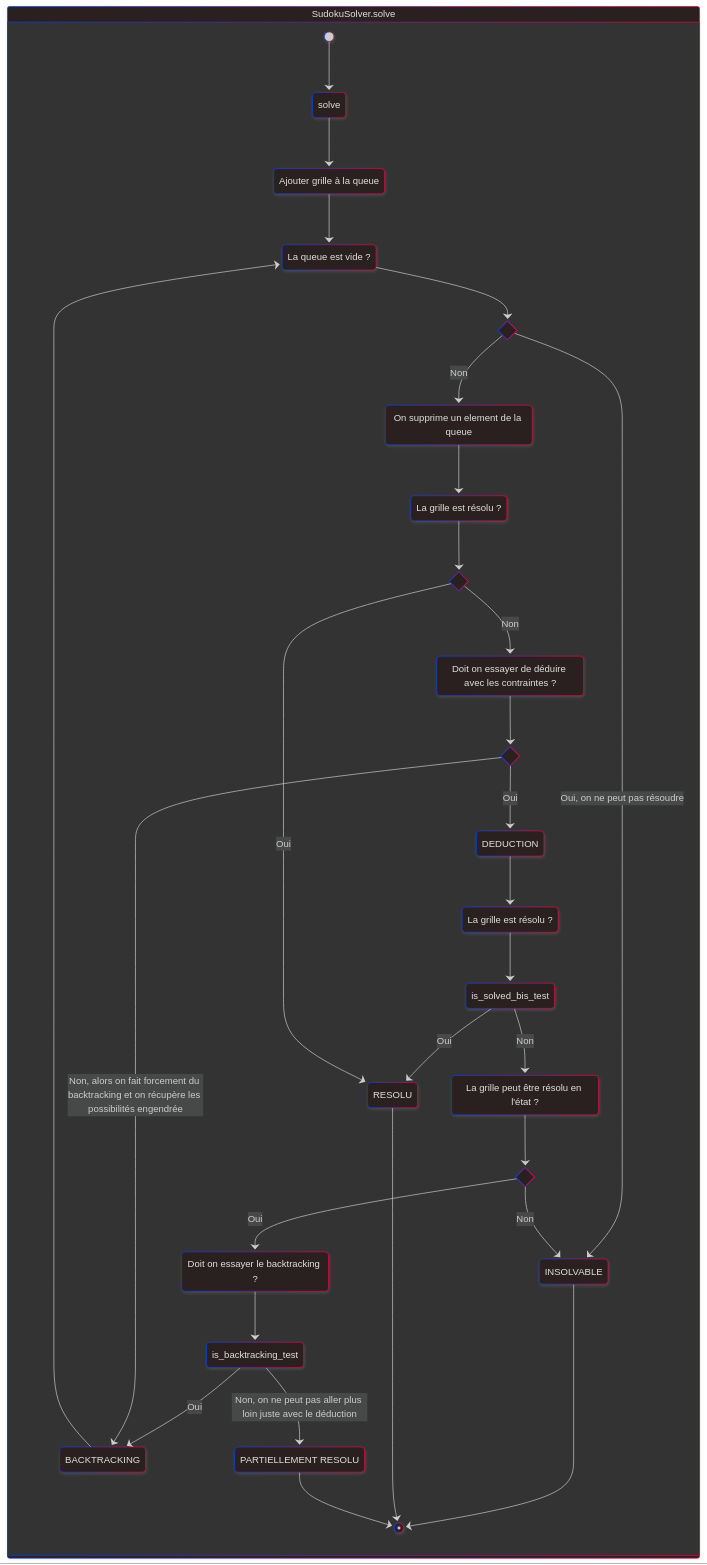
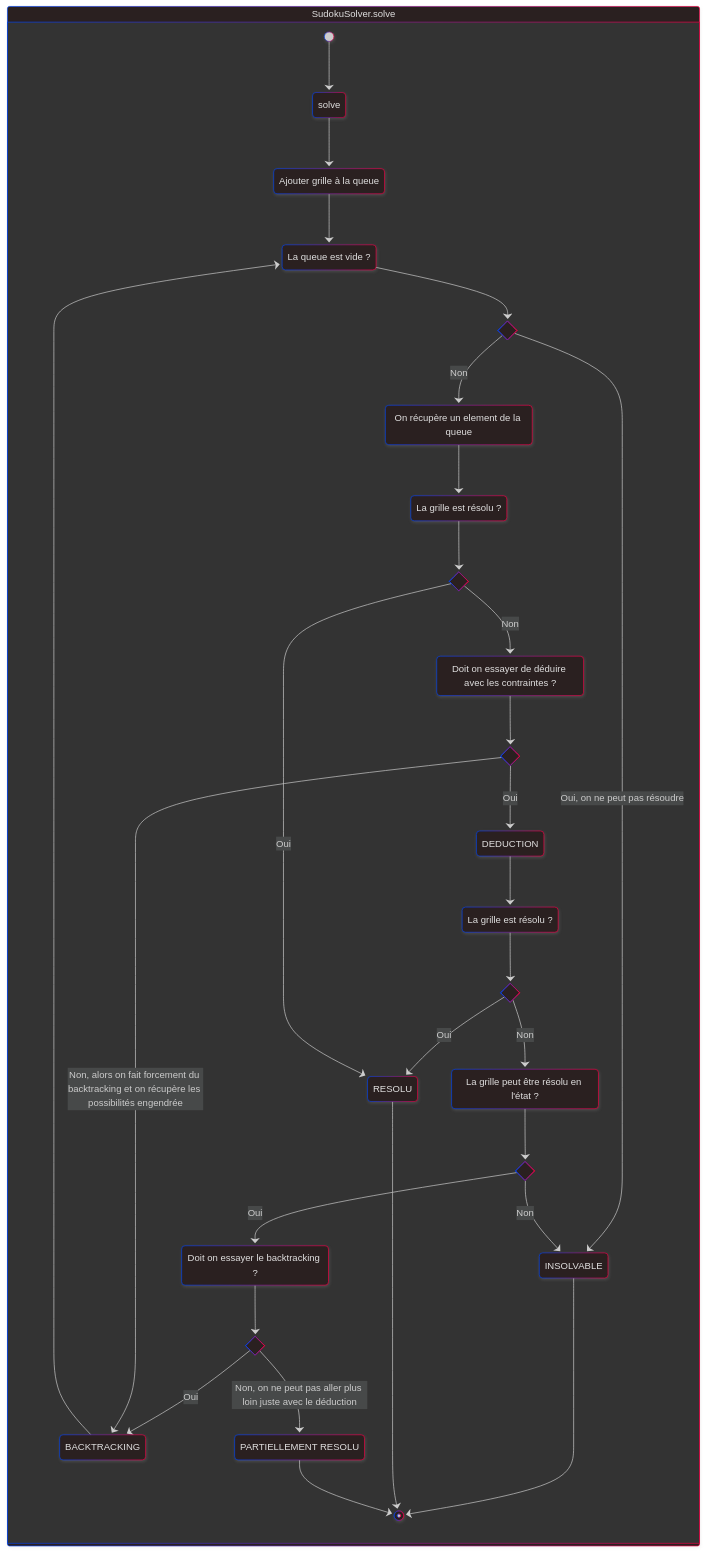
Before and after one commit to FlashOnFire/SUUUUUUUUUUUudoku: the third of 8 diagrams in rex.md, drawn with Mermaid. The commit also changed other lines of this file and 1 other file, not shown here.

````diff
--- a/rex.md
+++ b/rex.md
@@ -200,54 +209,54 @@
 ```mermaid
 ---
 config:
   theme: neo-dark
   look: neo
 ---
 stateDiagram
     queue_init: Ajouter grille à la queue
     boucle: La queue est vide ?
     if_solved: La grille est résolu ?
     partial: PARTIELLEMENT RESOLU
-    suppress: On supprime un element de la queue
+    suppress: On récupère un element de la queue
     SudokuSolver.doBacktracking: BACKTRACKING
 SudokuSolver.solveDeduction: DEDUCTION
 state SudokuSolver.solve {
 SudokuSolver.doBacktracking --> boucle
 [*] --> solve
 solve --> queue_init
 queue_init --> boucle
 state boucle_test <<choice>>
 boucle --> boucle_test
 boucle_test --> suppress: Non
 suppress --> if_solved
 boucle_test --> INSOLVABLE: Oui, on ne peut pas résoudre
 INSOLVABLE --> [*]
 state is_solved_test <<choice>>
 if_solved --> is_solved_test
 is_solved_test --> if_deduced: Non
+state is_solved_bis_test <<choice>>
 is_solved_bis_test --> RESOLU: Oui
 is_solved_test --> RESOLU: Oui
 RESOLU --> [*]
 if_deduced: Doit on essayer de déduire avec les contraintes ?
 state is_deduced_test <<choice>>
+state is_backtracking_test <<choice>>
 if_deduced --> is_deduced_test
 is_backtracking_test --> SudokuSolver.doBacktracking: Oui
 is_deduced_test --> SudokuSolver.doBacktracking: Non, alors on fait forcement du backtracking et on récupère les possibilités engendrée
 is_deduced_test --> SudokuSolver.solveDeduction: Oui
 if_solved_bis: La grille est résolu ?
 SudokuSolver.solveDeduction --> if_solved_bis
-state is_solved_bis_test <<choice>>
 if_solved_bis --> is_solved_bis_test
 is_solved_bis_test --> if_unsolvable: Non
 if_unsolvable: La grille peut être résolu en l'état ?
 state is_unsolvable_test <<choice>>
 if_unsolvable --> is_unsolvable_test
 is_unsolvable_test --> INSOLVABLE: Non
 is_unsolvable_test --> if_backtracking: Oui
 if_backtracking: Doit on essayer le backtracking ?
-state is_backtracking_test <<choice>>
 if_backtracking --> is_backtracking_test
 is_backtracking_test --> partial: Non, on ne peut pas aller plus loin juste avec le déduction
 partial --> [*]
 }
 ```
````
